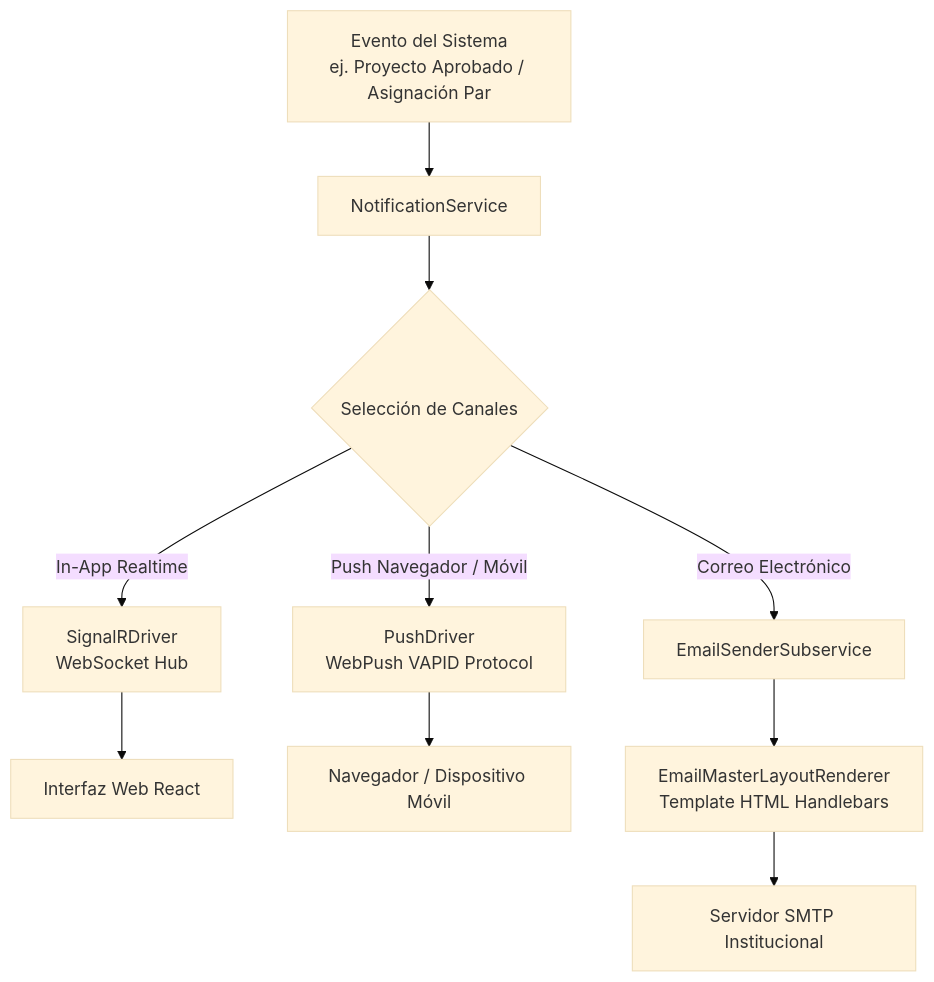
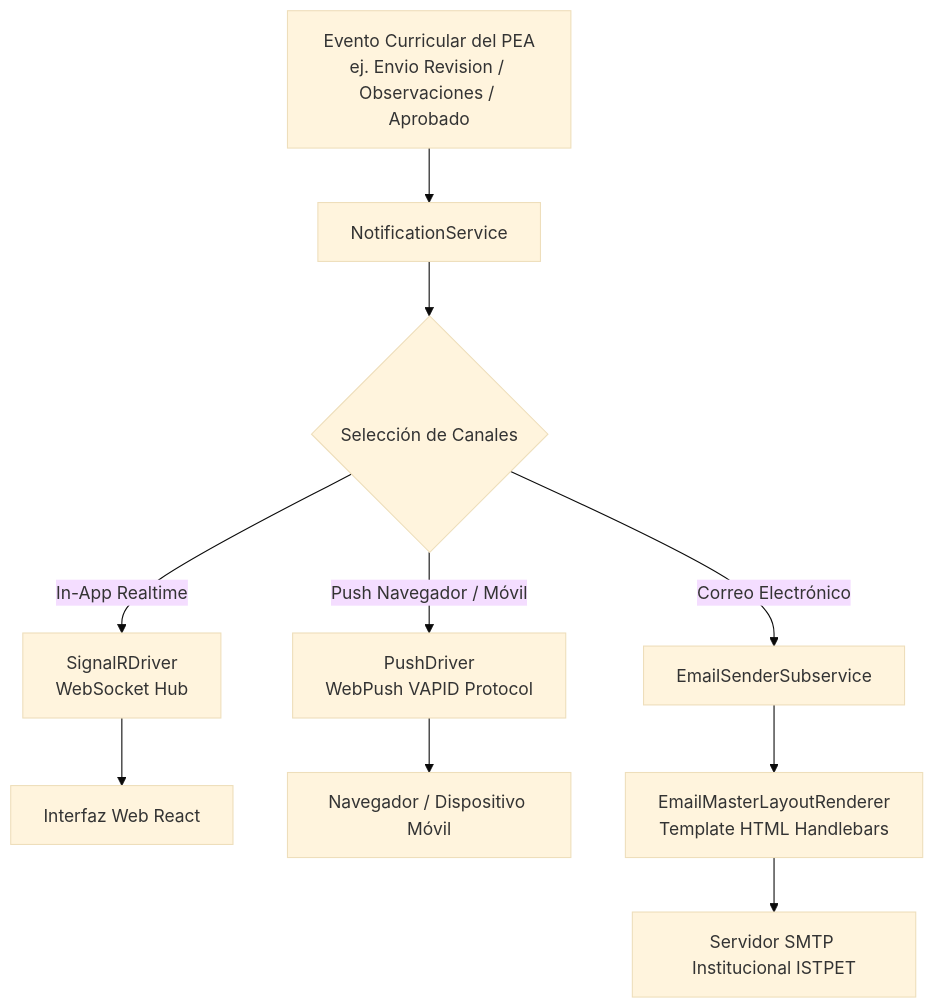
One commit to JorgeDoicela/dosier changed the diagram in docs/documentacion/03-motores-especializados/05-motor-notificaciones-multicanal.md. Above: the diagram before and after it, drawn with Mermaid (base theme). The commit also changed other lines of this file and 34 other files, not shown here.

````diff
--- a/docs/documentacion/03-motores-especializados/05-motor-notificaciones-multicanal.md
+++ b/docs/documentacion/03-motores-especializados/05-motor-notificaciones-multicanal.md
@@ -15,15 +15,15 @@
 ```mermaid
 graph TD
-    SystemEvent[Evento del Sistema\nej. Proyecto Aprobado / Asignación Par] --> NotifService[NotificationService]
+    SystemEvent[Evento Curricular del PEA\nej. Envio Revision / Observaciones / Aprobado] --> NotifService[NotificationService]
 
     NotifService --> Router{Selección de Canales}
 
     Router -->|In-App Realtime| SignalR[SignalRDriver\nWebSocket Hub]
     Router -->|Push Navegador / Móvil| Push[PushDriver\nWebPush VAPID Protocol]
     Router -->|Correo Electrónico| MailEngine[EmailSenderSubservice]
 
     SignalR --> ClientWeb[Interfaz Web React]
     Push --> ClientDevice[Navegador / Dispositivo Móvil]
     MailEngine --> MailLayout[EmailMasterLayoutRenderer\nTemplate HTML Handlebars]
-    MailLayout --> SMTPServer[Servidor SMTP Institucional]
+    MailLayout --> SMTPServer[Servidor SMTP Institucional ISTPET]
 ```
````
